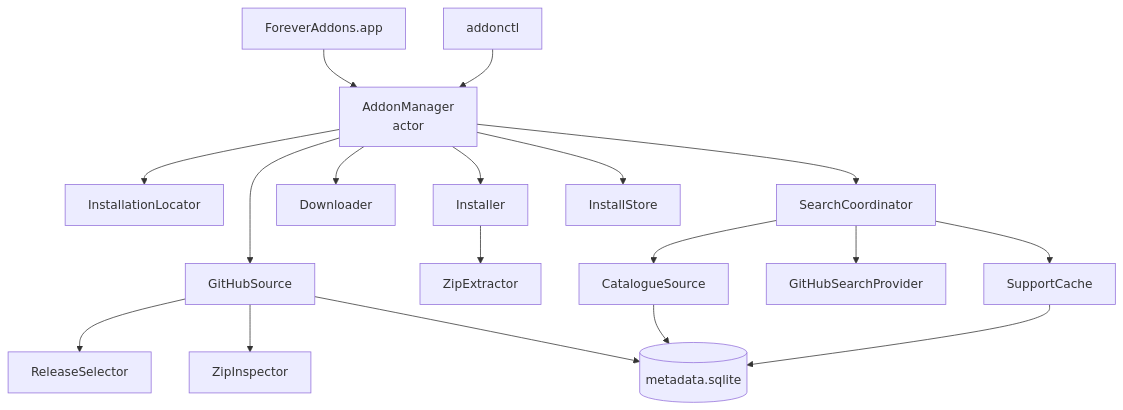
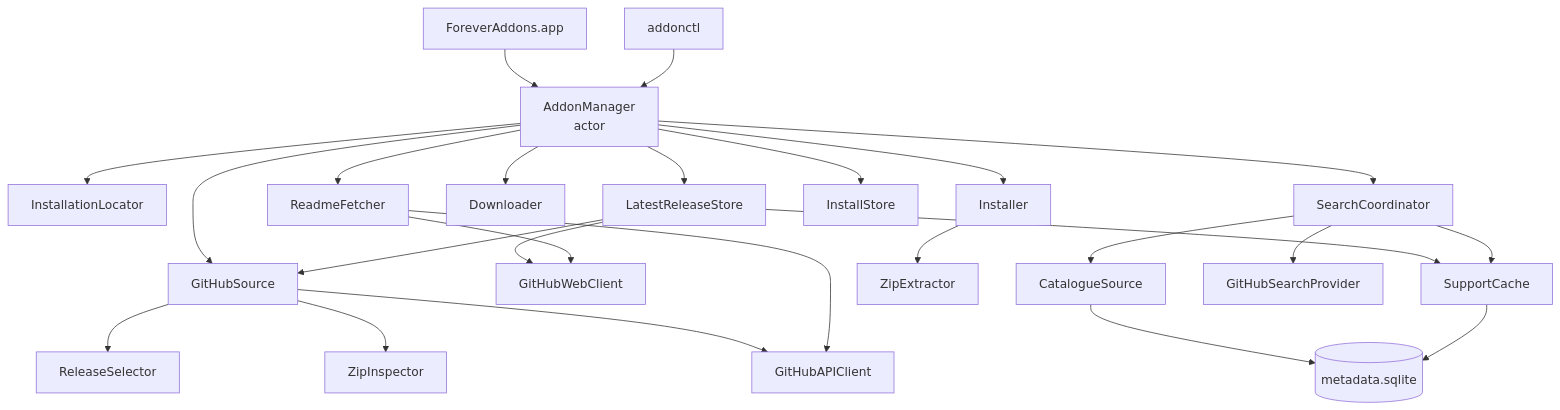
Before and after one commit to miotke/reload: the diagram in docs/architecture/core.md, drawn with Mermaid. The commit also changed other lines of this file and 23 other files, not shown here.

First line of the commit message:
split github source into store, api, web and readme pieces

````diff
--- a/docs/architecture/core.md
+++ b/docs/architecture/core.md
@@ -7,21 +7,14 @@
 ```mermaid
 flowchart TB
     App[ForeverAddons.app] --> AM
     CLI[addonctl] --> AM
     AM[AddonManager<br/>actor]
-    AM --> Loc[InstallationLocator]
-    AM --> GH[GitHubSource]
-    AM --> DL[Downloader]
-    AM --> Inst[Installer]
-    AM --> Store[InstallStore]
-    AM --> Search[SearchCoordinator]
-    GH --> Sel[ReleaseSelector]
-    GH --> Zip[ZipInspector]
+    AM --> Loc[InstallationLocator] & LR[LatestReleaseStore] & GH[GitHubSource] & RF[ReadmeFetcher]
+    AM --> DL[Downloader] & Inst[Installer] & Store[InstallStore] & Search[SearchCoordinator]
+    LR --> GH & Web[GitHubWebClient] & SC
+    GH --> Sel[ReleaseSelector] & Zip[ZipInspector] & API[GitHubAPIClient]
+    RF --> Web & API
     Inst --> Ext[ZipExtractor]
-    Search --> Cat[CatalogueSource]
-    Search --> GHS[GitHubSearchProvider]
-    Search --> SC[SupportCache]
-    Cat --> DB[(metadata.sqlite)]
-    SC --> DB
-    GH --> DB
+    Search --> Cat[CatalogueSource] & GHS[GitHubSearchProvider] & SC[SupportCache]
+    Cat & SC --> DB[(metadata.sqlite)]
 ```
````
